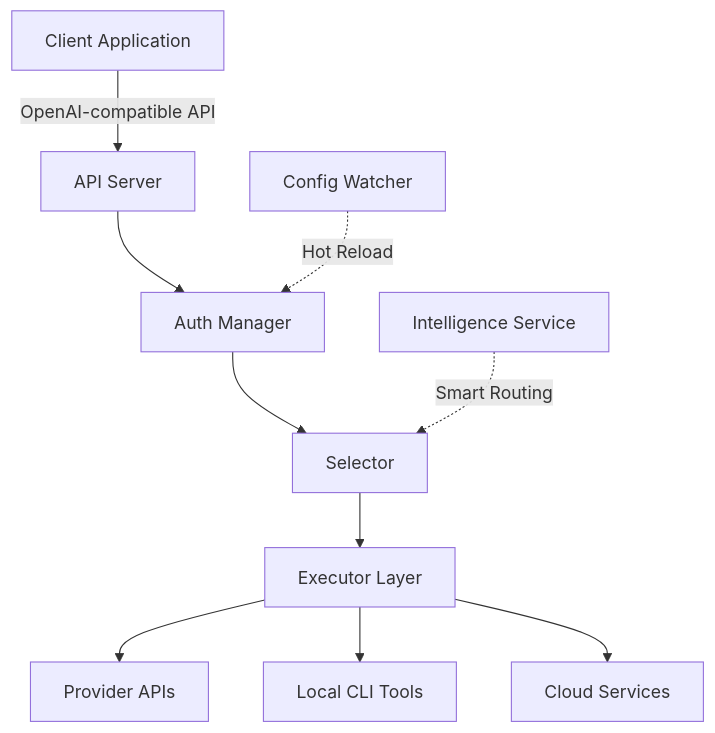
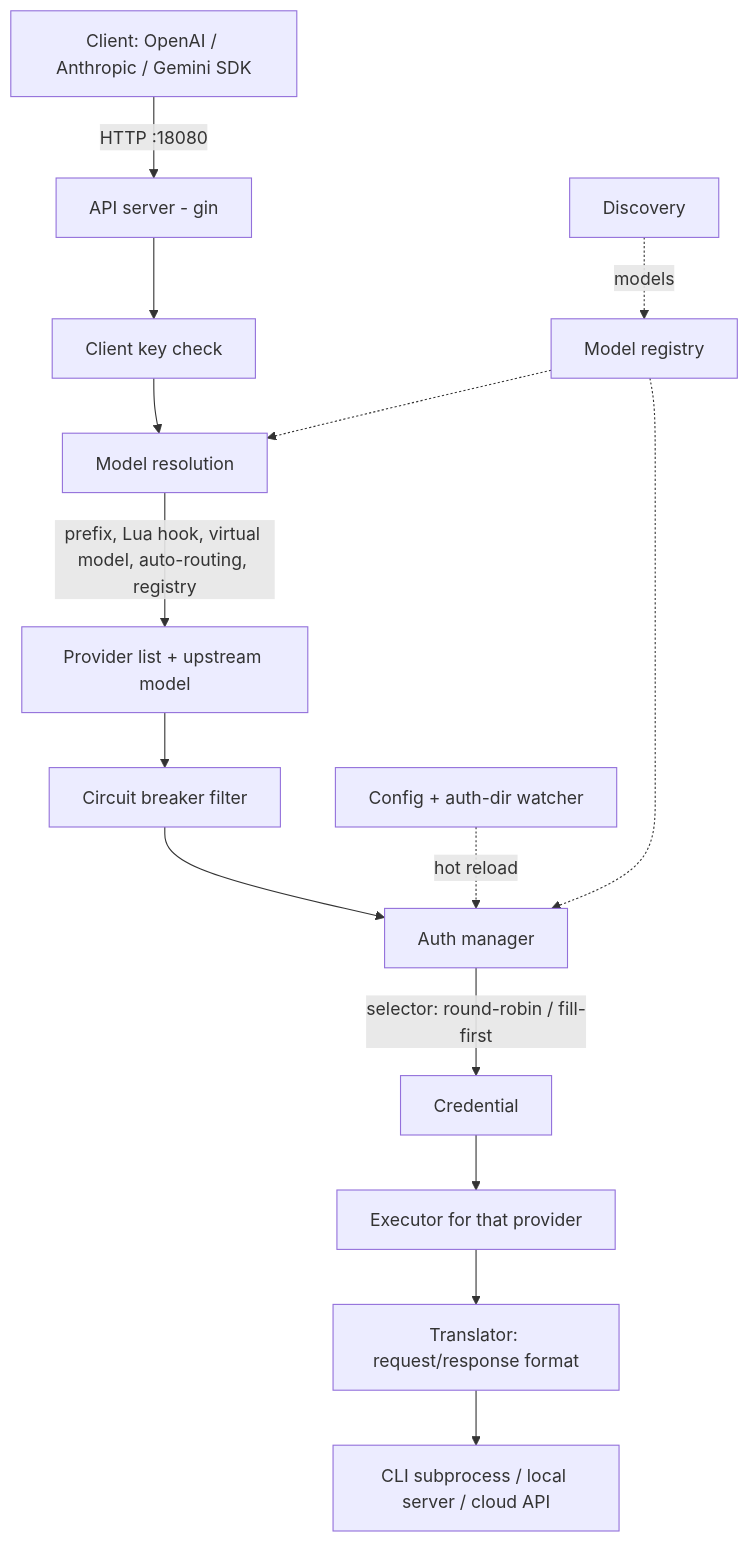
One commit to traylinx/switchAILocal changed the diagram in docs-site/concepts/architecture.mdx. Above: the diagram before and after it, drawn with Mermaid. The commit also changed other lines of this file and 71 other files, not shown here.

````diff
--- a/docs-site/concepts/architecture.mdx
+++ b/docs-site/concepts/architecture.mdx
@@ -32,12 +11,17 @@
 ```mermaid
 graph TD
-    A[Client Application] -->|OpenAI-compatible API| B[API Server]
-    B --> C[Auth Manager]
-    C --> D[Selector]
-    D --> E[Executor Layer]
-    E --> F[Provider APIs]
-    E --> G[Local CLI Tools]
-    E --> H[Cloud Services]
-    I[Config Watcher] -.->|Hot Reload| C
-    J[Intelligence Service] -.->|Smart Routing| D
+    A[Client: OpenAI / Anthropic / Gemini SDK] -->|HTTP :18080| B[API server - gin]
+    B --> C[Client key check]
+    C --> D[Model resolution]
+    D -->|prefix, Lua hook, virtual model, auto-routing, registry| E[Provider list + upstream model]
+    E --> F[Circuit breaker filter]
+    F --> G[Auth manager]
+    G -->|selector: round-robin / fill-first| H[Credential]
+    H --> I[Executor for that provider]
+    I --> J[Translator: request/response format]
+    J --> K[CLI subprocess / local server / cloud API]
+    L[Config + auth-dir watcher] -.->|hot reload| G
+    M[Discovery] -.->|models| N[Model registry]
+    N -.-> D
+    N -.-> G
 ```
````
